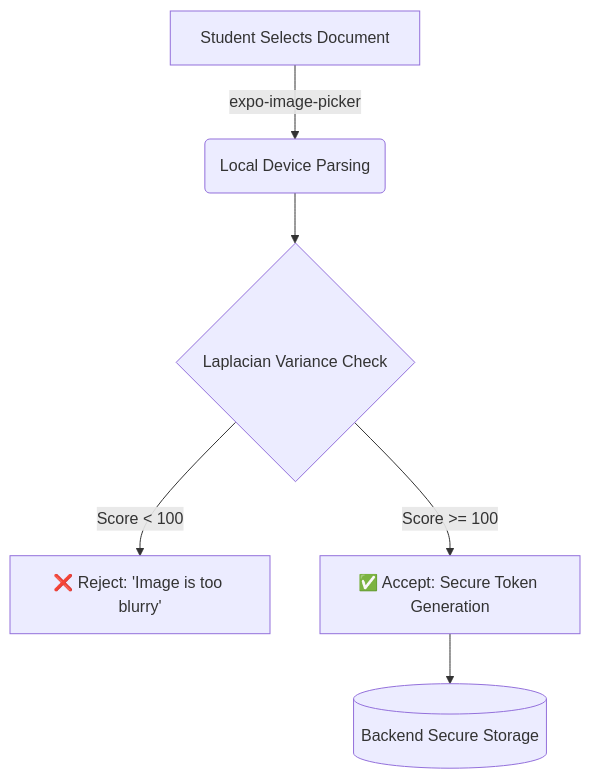
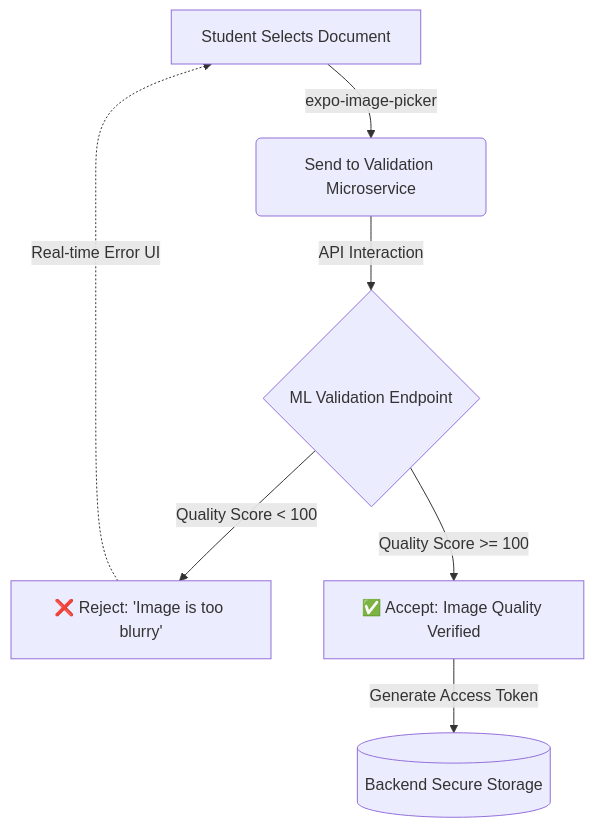
Before and after one commit to sentinel-ph/MedSIS-App: the diagram in README.md, drawn with Mermaid. The commit also changed other lines of this file, not shown here.

Commit message:
docs(readme): add explaination of msis microservice integration of image blur detections

````diff
--- a/README.md
+++ b/README.md
@@ -30,8 +32,9 @@
 ```mermaid
 graph TD
-    A[Student Selects Document] -->|expo-image-picker| B(Local Device Parsing)
-    B --> C{Laplacian Variance Check}
-    C -->|Score < 100| D[❌ Reject: 'Image is too blurry']
-    C -->|Score >= 100| E[✅ Accept: Secure Token Generation]
-    E --> F[(Backend Secure Storage)]
+    A[Student Selects Document] -->|expo-image-picker| B(Send to Validation Microservice)
+    B -->|API Interaction| C{ML Validation Endpoint}
+    C -->|Quality Score < 100| D[❌ Reject: 'Image is too blurry']
+    D -.->|Real-time Error UI| A
+    C -->|Quality Score >= 100| E[✅ Accept: Image Quality Verified]
+    E -->|Generate Access Token| F[(Backend Secure Storage)]
 ```
````
